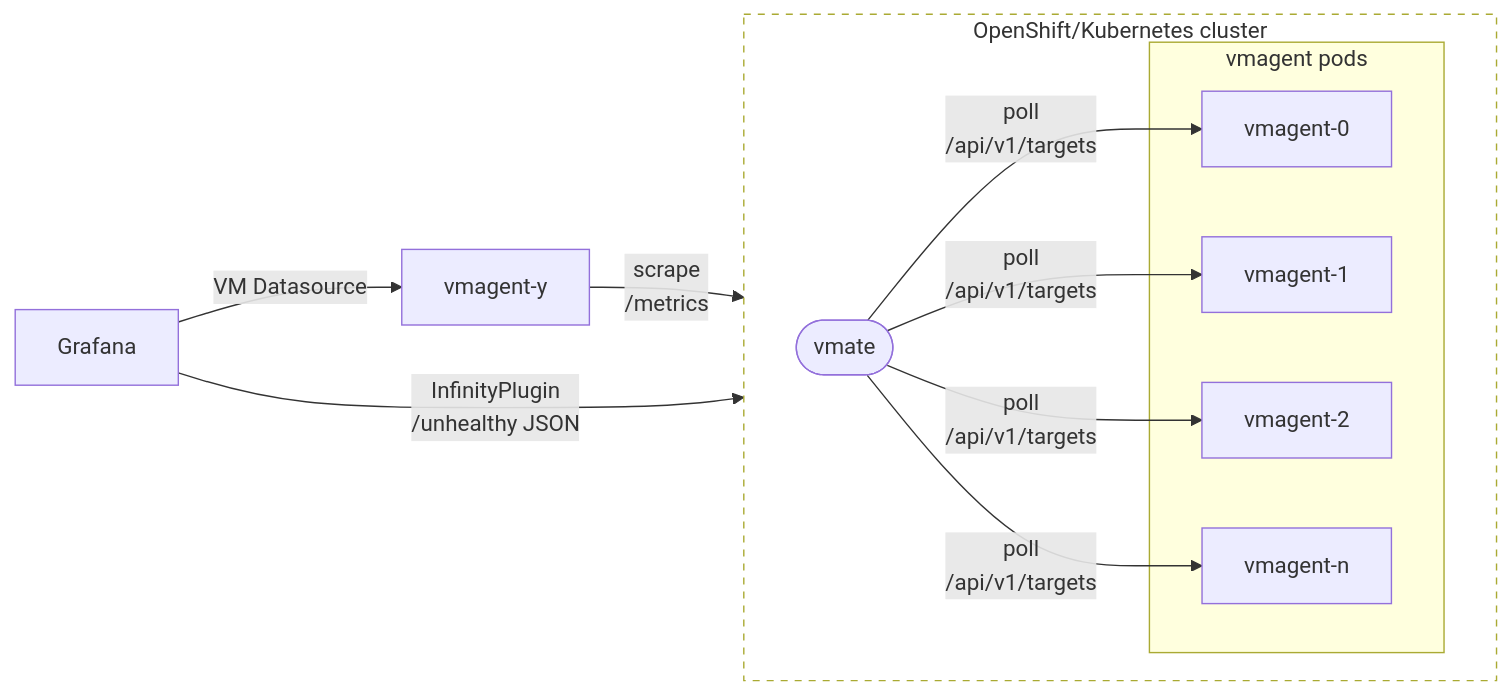
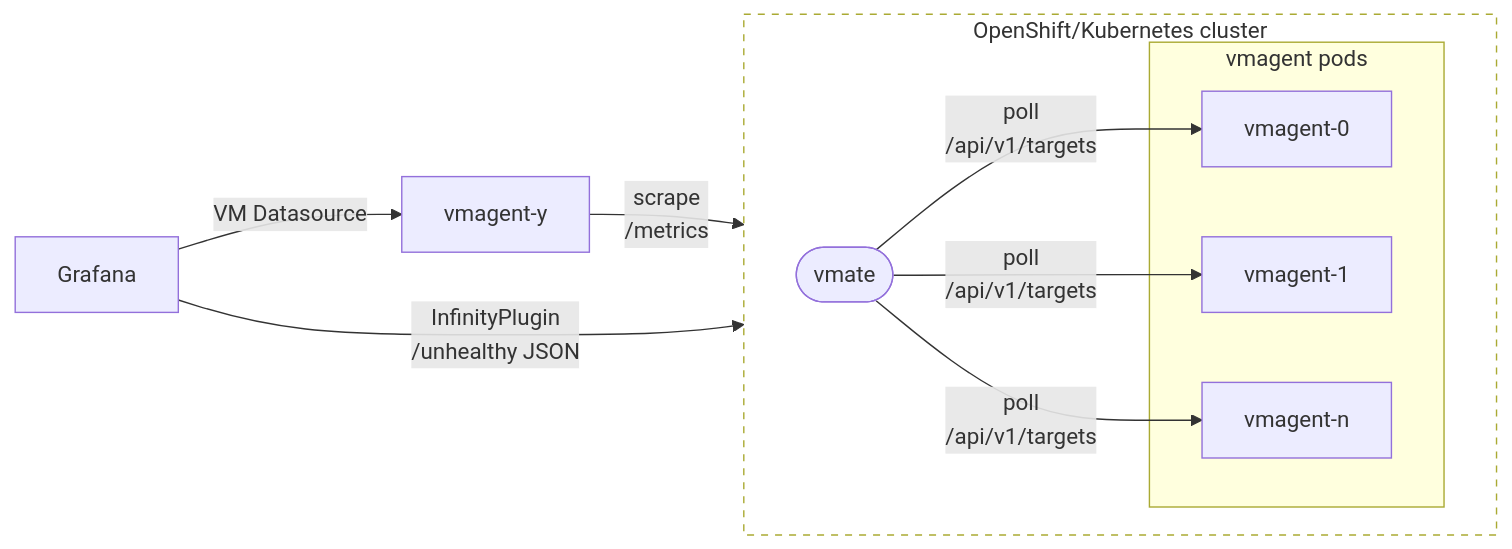
One commit to zebbra/vmate changed the diagram in README.md. Above: the diagram before and after it, drawn with Mermaid. The commit also changed 5 other files, not shown here.

````diff
--- a/README.md
+++ b/README.md
@@ -6,26 +6,24 @@
 ```mermaid
 flowchart LR
     grafana["Grafana"]
     vm["vmagent-y"]
 
     subgraph k8s["OpenShift/Kubernetes cluster"]
         direction LR
         vmate(["vmate"])
         subgraph agents["vmagent pods"]
             va1["vmagent-0"]
             va2["vmagent-1"]
-            va3["vmagent-2"]
-            va4["vmagent-n"]
+            va3["vmagent-n"]
         end
         vmate -->|"poll\n/api/v1/targets"| va1
         vmate -->|"poll\n /api/v1/targets"| va2
         vmate -->|"poll\n /api/v1/targets"| va3
-        vmate -->|"poll\n /api/v1/targets"| va4
     end
 
     grafana -->|"VM Datasource"| vm
     vm -->|"scrape\n /metrics"| vmate
     grafana -->|"InfinityPlugin \n /unhealthy JSON"| vmate
 
     style k8s stroke-dasharray: 5 5, fill: none
 ```
````
